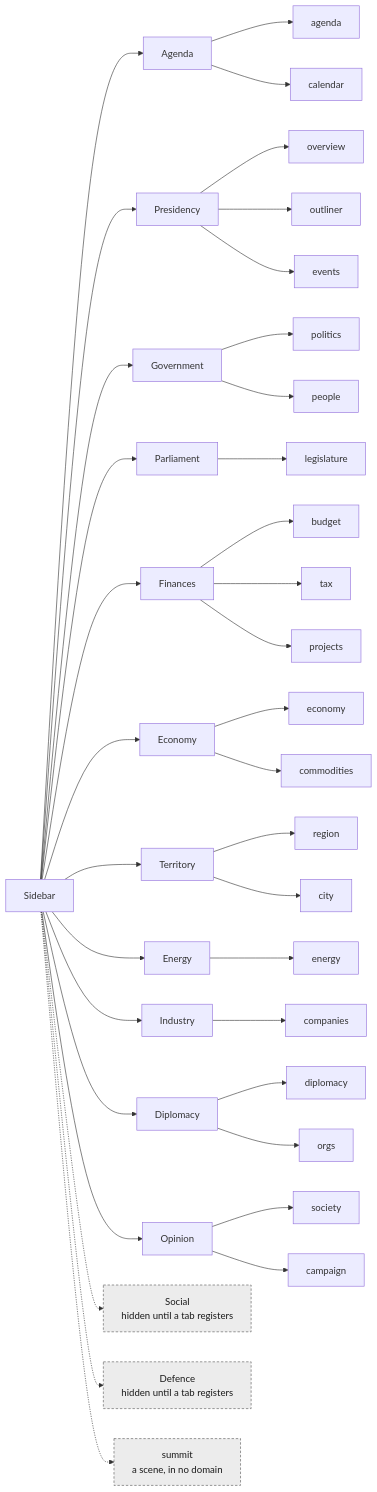
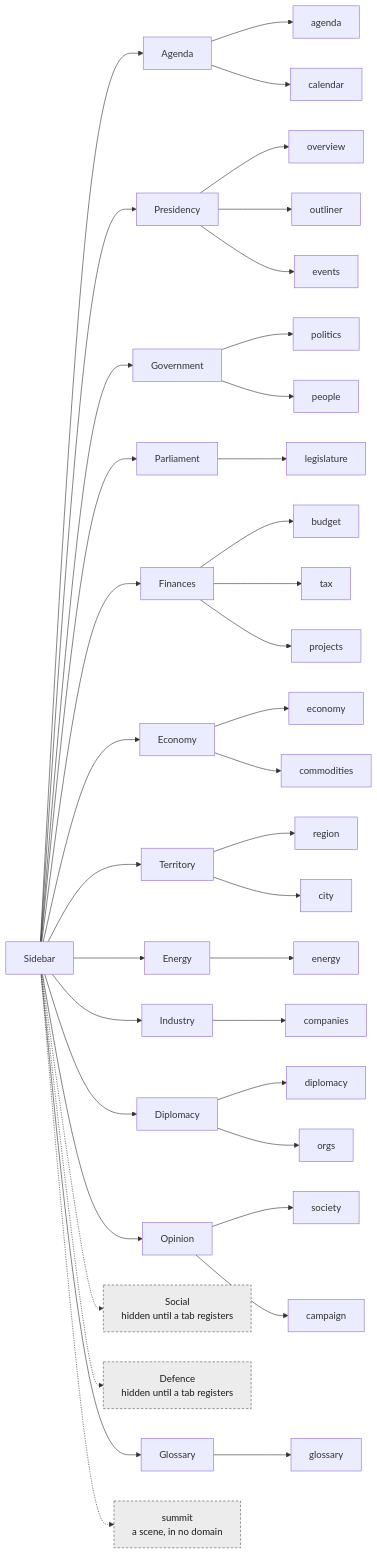
One commit to powerbassist/World-simulator changed the diagram in docs/shell.md. Above: the diagram before and after it, drawn with Mermaid. The commit also changed 2 other files, not shown here.

Commit message:
Vault: the Glossary domain (#83) -- diagram regenerated, counts 23 panels, 22 tabs in 14 rows
#83 added a Glossary row to domains.gd and registered its window in main.gd.
The domains diagram is regenerated and the four hand-written counts (shell.canvas
two places, panel-system.md section 25 two places) are bumped; the generator now
checks them, so this was the failure message's work, not a search.

````diff
--- a/docs/shell.md
+++ b/docs/shell.md
@@ -25,40 +25,42 @@
 ```mermaid
 flowchart LR
   sb["Sidebar"]
   sb --> d_agenda["Agenda"]
   d_agenda --> t_agenda["agenda"]
   d_agenda --> t_calendar["calendar"]
   sb --> d_presidency["Presidency"]
   d_presidency --> t_overview["overview"]
   d_presidency --> t_outliner["outliner"]
   d_presidency --> t_events["events"]
   sb --> d_government["Government"]
   d_government --> t_politics["politics"]
   d_government --> t_people["people"]
   sb --> d_parliament["Parliament"]
   d_parliament --> t_legislature["legislature"]
   sb --> d_finances["Finances"]
   d_finances --> t_budget["budget"]
   d_finances --> t_tax["tax"]
   d_finances --> t_projects["projects"]
   sb --> d_economy["Economy"]
   d_economy --> t_economy["economy"]
   d_economy --> t_commodities["commodities"]
   sb --> d_territory["Territory"]
   d_territory --> t_region["region"]
   d_territory --> t_city["city"]
   sb --> d_energy["Energy"]
   d_energy --> t_energy["energy"]
   sb --> d_industry["Industry"]
   d_industry --> t_companies["companies"]
   sb --> d_diplomacy["Diplomacy"]
   d_diplomacy --> t_diplomacy["diplomacy"]
   d_diplomacy --> t_orgs["orgs"]
   sb --> d_opinion["Opinion"]
   d_opinion --> t_society["society"]
   d_opinion --> t_campaign["campaign"]
   sb -.-> d_social["Social<br/>hidden until a tab registers"]:::hidden
   sb -.-> d_defence["Defence<br/>hidden until a tab registers"]:::hidden
+  sb --> d_glossary["Glossary"]
+  d_glossary --> t_glossary["glossary"]
   sb -.-> s_summit["summit<br/>a scene, in no domain"]:::hidden
   classDef hidden stroke-dasharray:4 3,fill:#ececec,stroke:#555,color:#1a1a1a
 ```
````
